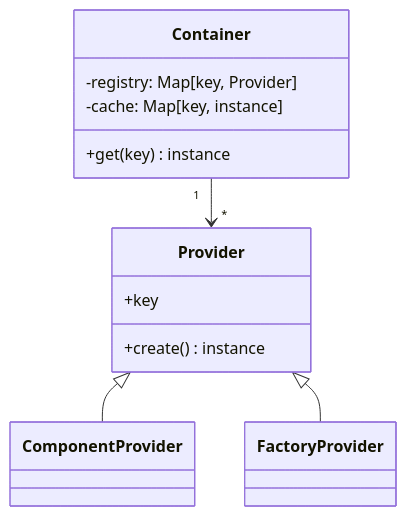
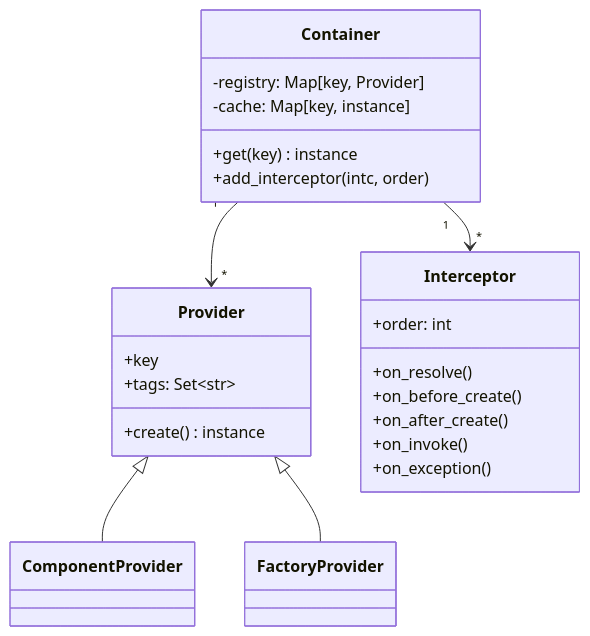
One commit to dperezcabrera/pico-ioc changed the second of 3 diagrams in .llm/ARCHITECTURE.md. Above: the diagram before and after it, drawn with Mermaid. The commit also changed other lines of this file and 23 other files, not shown here.

````diff
--- a/.llm/ARCHITECTURE.md
+++ b/.llm/ARCHITECTURE.md
@@ -241,17 +352,28 @@
 ```mermaid
 classDiagram
     class Container {
       +get(key) instance
       -registry: Map[key, Provider]
       -cache: Map[key, instance]
+      +add_interceptor(intc, order)
     }
     class Provider {
       +create() instance
       +key
+      +tags: Set~str~
     }
     class ComponentProvider
     class FactoryProvider
+    class Interceptor {
+      +on_resolve()
+      +on_before_create()
+      +on_after_create()
+      +on_invoke()
+      +on_exception()
+      +order: int
+    }
     Container "1" --> "*" Provider
+    Container "1" --> "*" Interceptor
     Provider <|-- ComponentProvider
     Provider <|-- FactoryProvider
 ```
````
